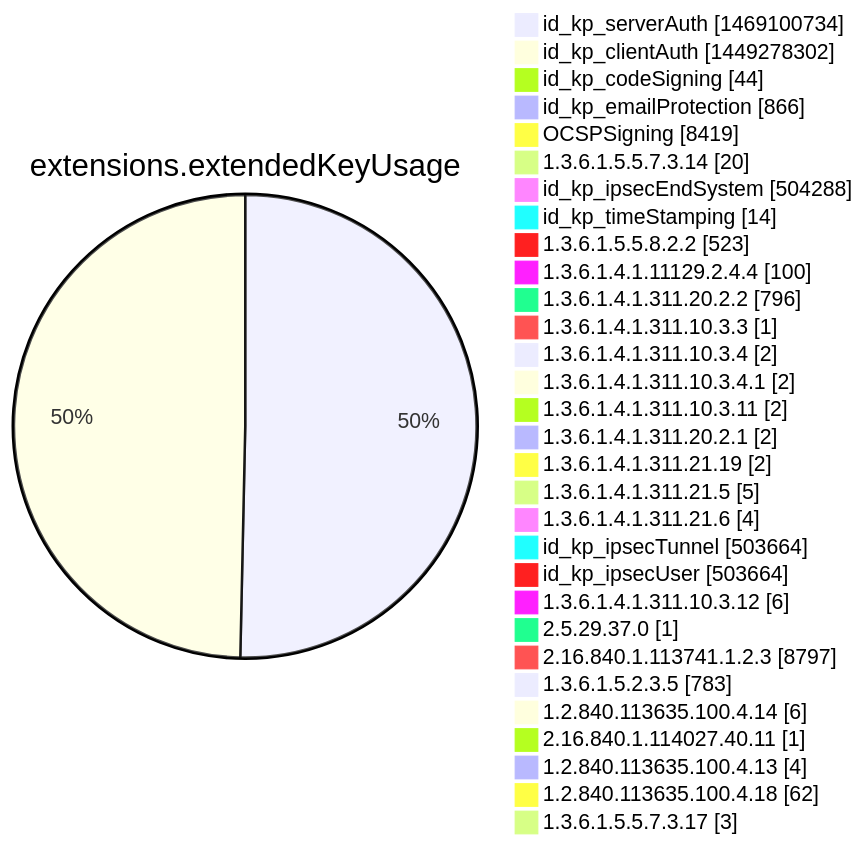
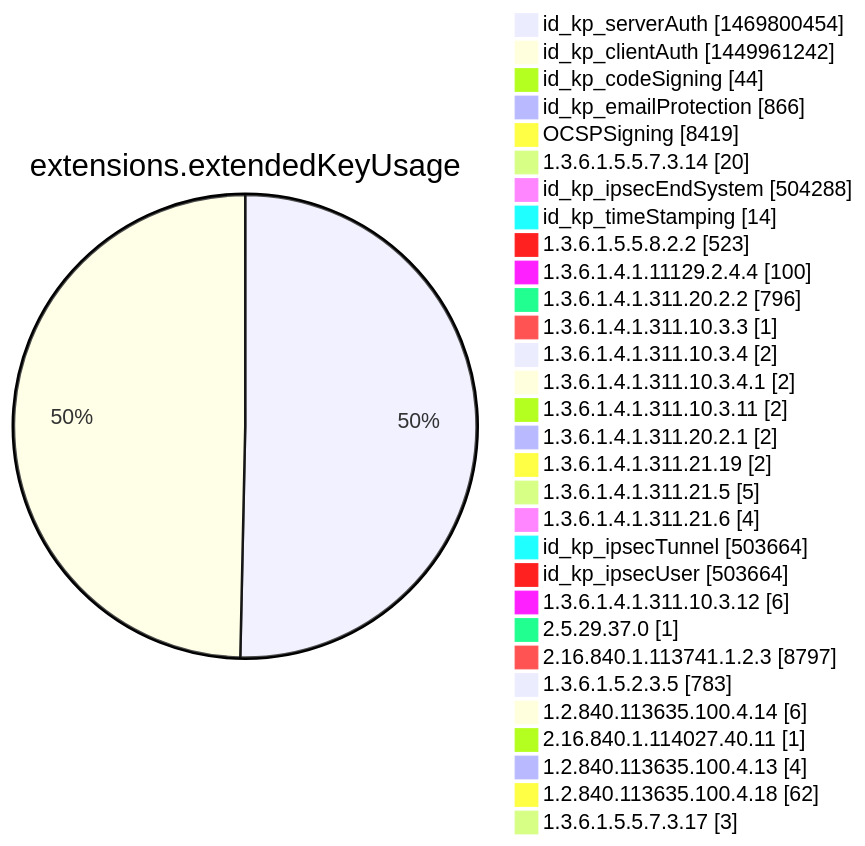
One commit to christiankrug/ctmonitor_visualization changed diagram 12 of 15 in argon2022/README.md. Above: the diagram before and after it, drawn with Mermaid. The commit also changed other lines of this file, not shown here.

````diff
--- a/argon2022/README.md
+++ b/argon2022/README.md
@@ -3555,34 +3555,34 @@
 ```mermaid
 pie showData
 title extensions.extendedKeyUsage
-"id_kp_serverAuth" :1469100734
-"id_kp_clientAuth" :1449278302
+"id_kp_serverAuth" :1469800454
+"id_kp_clientAuth" :1449961242
 "id_kp_codeSigning" :44
 "id_kp_emailProtection" :866
 "OCSPSigning" :8419
 "1.3.6.1.5.5.7.3.14" :20
 "id_kp_ipsecEndSystem" :504288
 "id_kp_timeStamping" :14
 "1.3.6.1.5.5.8.2.2" :523
 "1.3.6.1.4.1.11129.2.4.4" :100
 "1.3.6.1.4.1.311.20.2.2" :796
 "1.3.6.1.4.1.311.10.3.3" :1
 "1.3.6.1.4.1.311.10.3.4" :2
 "1.3.6.1.4.1.311.10.3.4.1" :2
 "1.3.6.1.4.1.311.10.3.11" :2
 "1.3.6.1.4.1.311.20.2.1" :2
 "1.3.6.1.4.1.311.21.19" :2
 "1.3.6.1.4.1.311.21.5" :5
 "1.3.6.1.4.1.311.21.6" :4
 "id_kp_ipsecTunnel" :503664
 "id_kp_ipsecUser" :503664
 "1.3.6.1.4.1.311.10.3.12" :6
 "2.5.29.37.0" :1
 "2.16.840.1.113741.1.2.3" :8797
 "1.3.6.1.5.2.3.5" :783
 "1.2.840.113635.100.4.14" :6
 "2.16.840.1.114027.40.11" :1
 "1.2.840.113635.100.4.13" :4
 "1.2.840.113635.100.4.18" :62
 "1.3.6.1.5.5.7.3.17" :3
 ```
````
